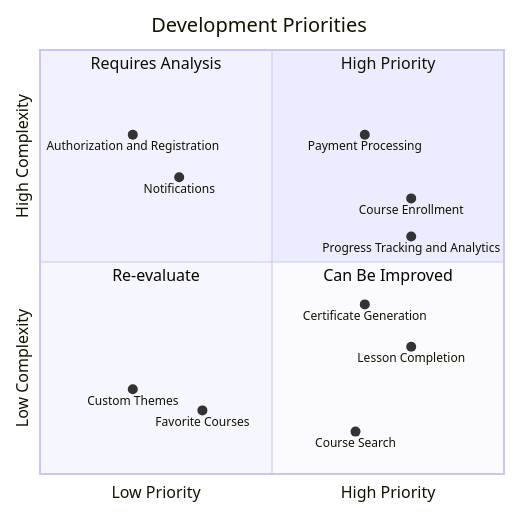
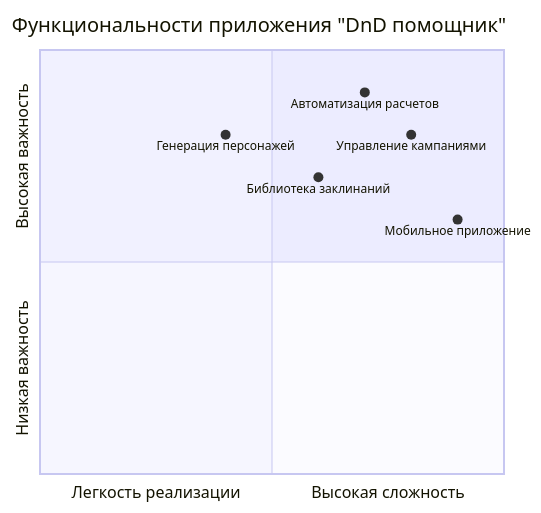
Before and after one commit to Ry3A/pkss: the third of 4 diagrams in README.md, drawn with Mermaid. The commit also changed other lines of this file, not shown here.

````diff
--- a/README.md
+++ b/README.md
@@ -71,20 +54,11 @@
 ```mermaid
 quadrantChart
-    title Development Priorities
-    x-axis Low Priority --> High Priority
-    y-axis Low Complexity --> High Complexity
-    quadrant-1 High Priority
-    quadrant-2 Requires Analysis
-    quadrant-3 Re-evaluate
-    quadrant-4 Can Be Improved
-    Authorization and Registration: [0.2, 0.8]
-    Course Search: [0.68, 0.1]
-    Course Enrollment: [0.8, 0.65]
-    Payment Processing: [0.7, 0.8]
-    Lesson Completion: [0.8, 0.3]
-    Progress Tracking and Analytics: [0.8, 0.56]
-    Certificate Generation: [0.7, 0.4]
-    Notifications: [0.3, 0.7]
-    Custom Themes: [0.2, 0.2]
-    Favorite Courses: [0.35, 0.15]
+    title Функциональности приложения "DnD помощник"
+    x-axis Легкость реализации --> Высокая сложность
+    y-axis Низкая важность --> Высокая важность
+    "Автоматизация расчетов": [0.7, 0.9]
+    "Управление кампаниями": [0.8, 0.8]
+    "Библиотека заклинаний": [0.6, 0.7]
+    "Мобильное приложение": [0.9, 0.6]
+    "Генерация персонажей": [0.4, 0.8]
 ```
````
